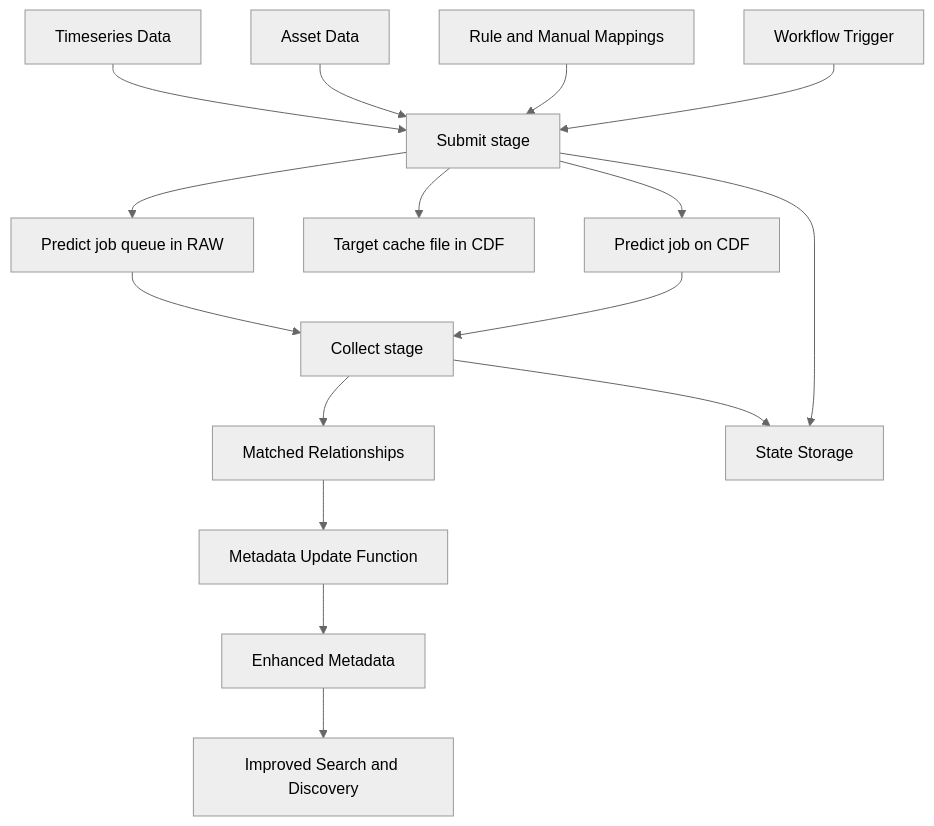
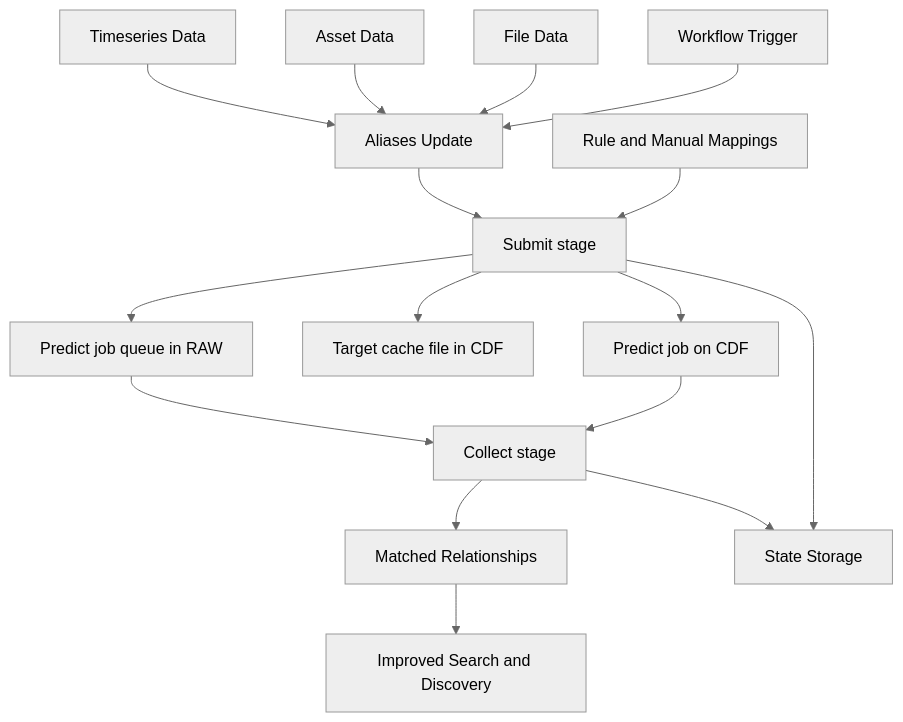
Before and after one commit to cognitedata/library: the diagram in modules/contextualization/cdf_entity_matching/README.md, drawn with Mermaid (neutral theme). The commit also changed other lines of this file and 33 other files, not shown here.

````diff
--- a/modules/contextualization/cdf_entity_matching/README.md
+++ b/modules/contextualization/cdf_entity_matching/README.md
@@ -485,19 +513,19 @@
 ```mermaid
 graph TD
-    A[Timeseries Data] --> S[Submit stage]
-    C[Asset Data] --> S
+    A[Timeseries Data] --> AU[Aliases Update]
+    C[Asset Data] --> AU
+    Files[File Data] --> AU
+    AU --> S[Submit stage]
     D[Rule and Manual Mappings] --> S
     S --> Q[Predict job queue in RAW]
     S --> F[Target cache file in CDF]
     S --> P[Predict job on CDF]
     P --> L[Collect stage]
     Q --> L
     L --> E[Matched Relationships]
-    E --> M[Metadata Update Function]
-    M --> G[Enhanced Metadata]
-    G --> H[Improved Search and Discovery]
+    E --> H[Improved Search and Discovery]
 
-    I[Workflow Trigger] --> S
+    I[Workflow Trigger] --> AU
     S --> J[State Storage]
     L --> J
 ```
````
